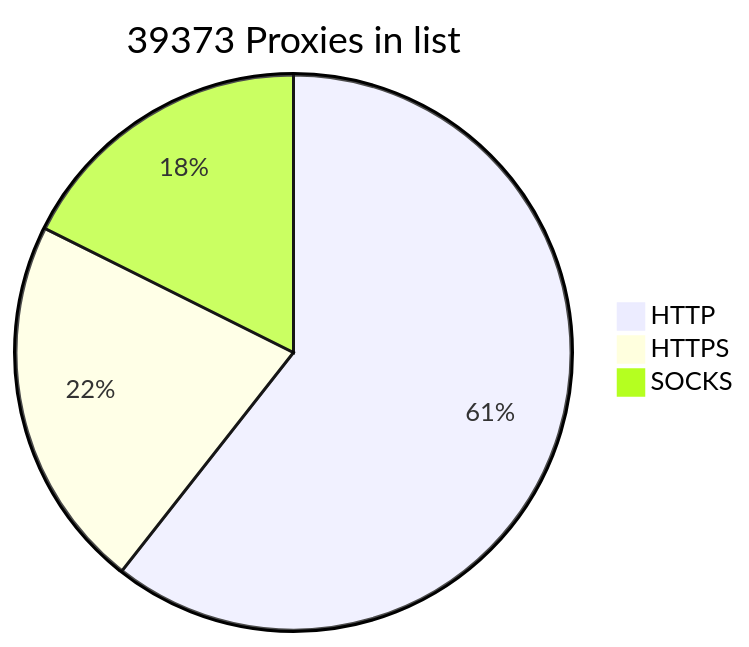
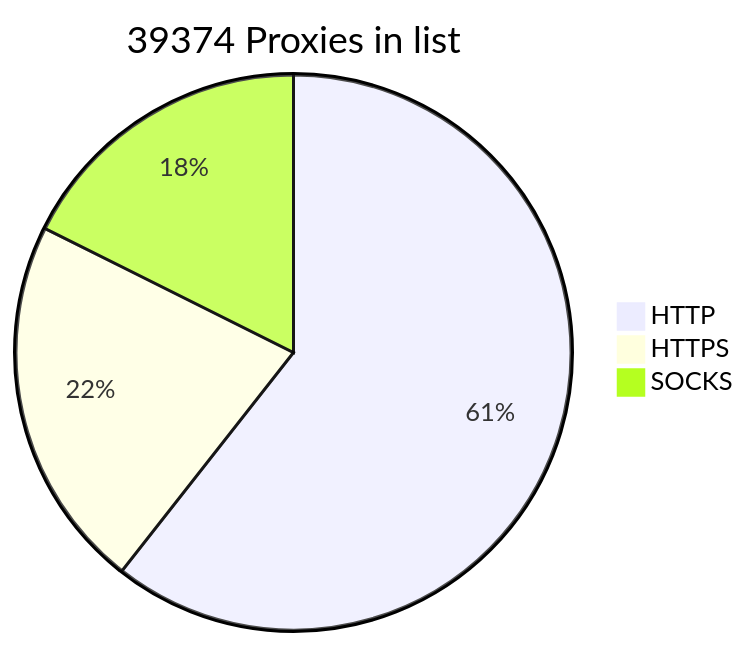
Before and after one commit to BlackSnowDot/proxylist-update-every-minute: the diagram in README.md, drawn with Mermaid.

````diff
--- a/README.md
+++ b/README.md
@@ -2,6 +2,6 @@
 ```mermaid
-pie title 39373 Proxies in list
+pie title 39374 Proxies in list
     "HTTP" : 27951
-    "HTTPS": 10040
+    "HTTPS": 10041
     "SOCKS" : 8134
 ```
````
